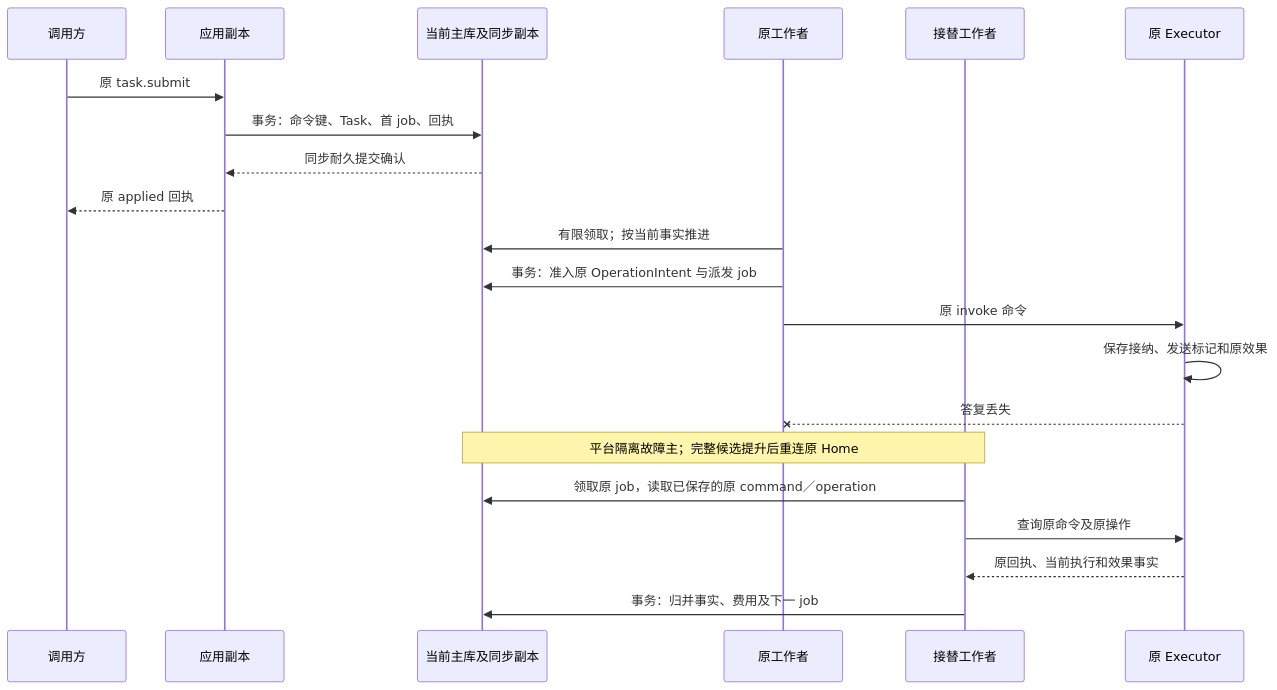
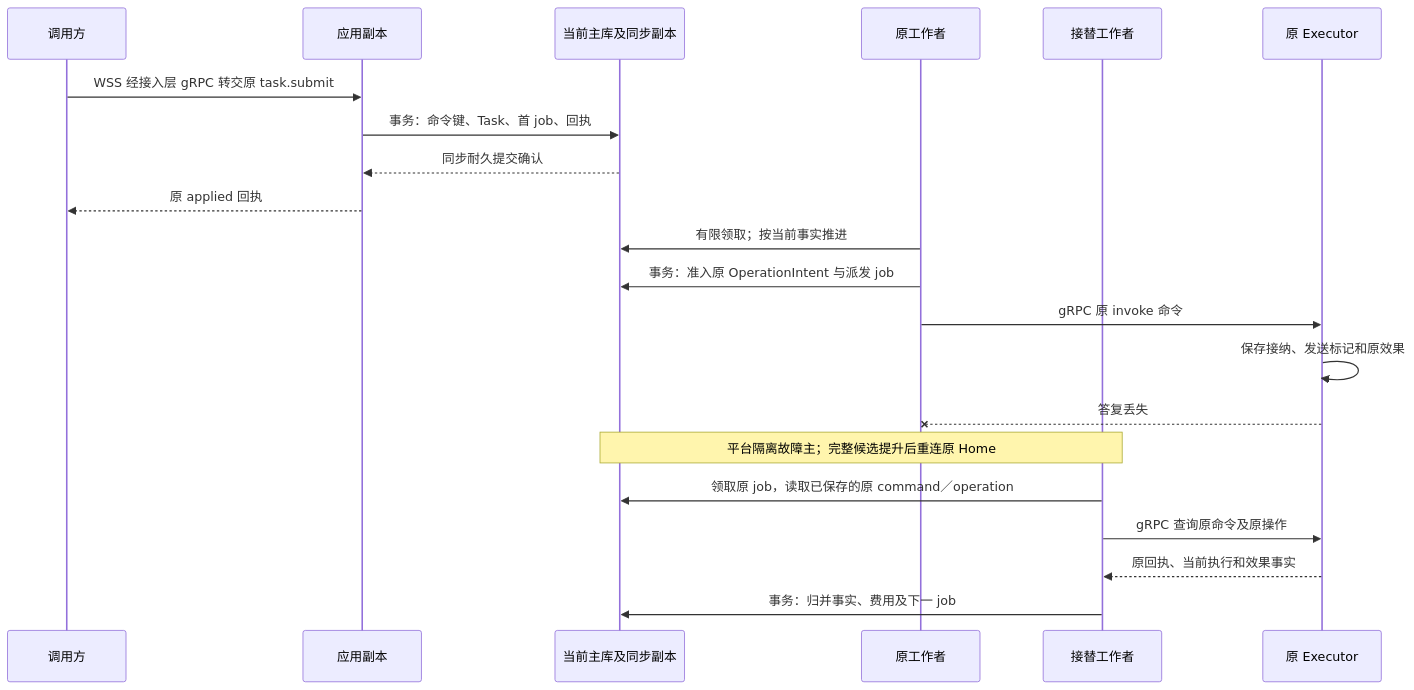
The third of 4 diagrams in docs/architecture/deployment-production.md (ruipengliu/lerna), drawn with Mermaid before and after one commit. The commit also changed other lines of this file and 103 other files, not shown here.

Commit message:
docs: expand architecture contracts and UML models

````diff
--- a/docs/architecture/deployment-production.md
+++ b/docs/architecture/deployment-production.md
@@ -86,23 +118,23 @@
 ```mermaid
 sequenceDiagram
     participant C as 调用方
     participant A as 应用副本
     participant D as 当前主库及同步副本
     participant W as 原工作者
     participant N as 接替工作者
     participant E as 原 Executor
-    C->>A: 原 task.submit
+    C->>A: WSS 经接入层 gRPC 转交原 task.submit
     A->>D: 事务：命令键、Task、首 job、回执
     D-->>A: 同步耐久提交确认
     A-->>C: 原 applied 回执
     W->>D: 有限领取；按当前事实推进
     W->>D: 事务：准入原 OperationIntent 与派发 job
-    W->>E: 原 invoke 命令
+    W->>E: gRPC 原 invoke 命令
     E->>E: 保存接纳、发送标记和原效果
     E--xW: 答复丢失
     Note over D,N: 平台隔离故障主；完整候选提升后重连原 Home
     N->>D: 领取原 job，读取已保存的原 command／operation
-    N->>E: 查询原命令及原操作
+    N->>E: gRPC 查询原命令及原操作
     E-->>N: 原回执、当前执行和效果事实
     N->>D: 事务：归并事实、费用及下一 job
 ```
````
